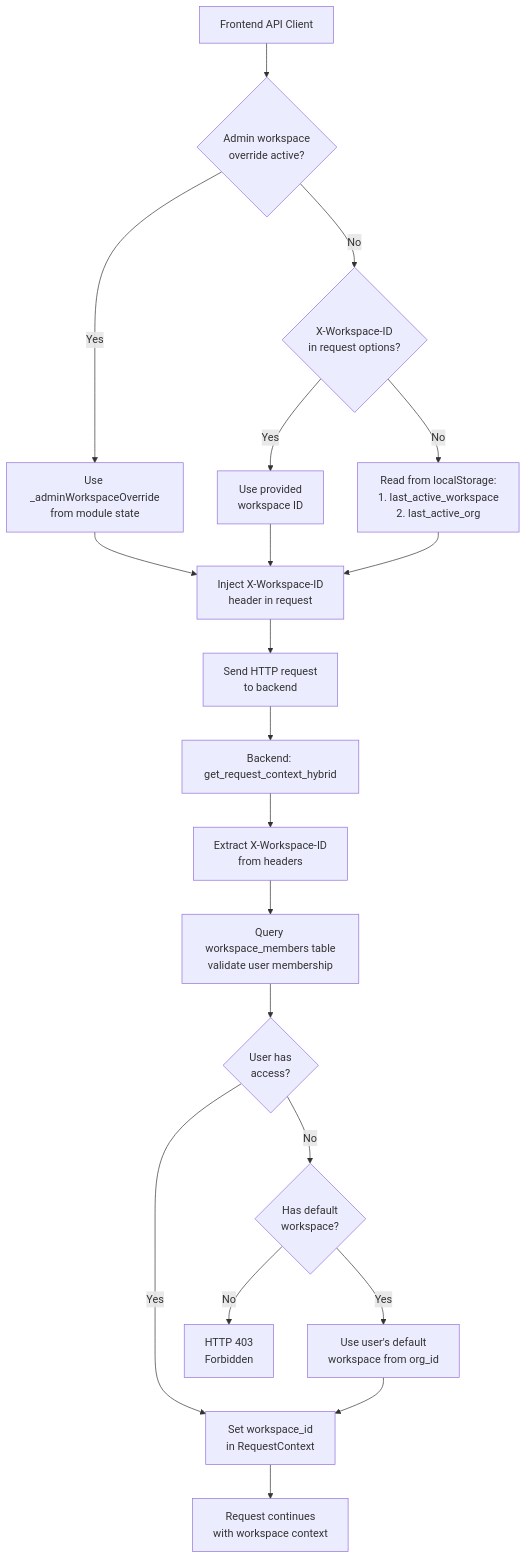
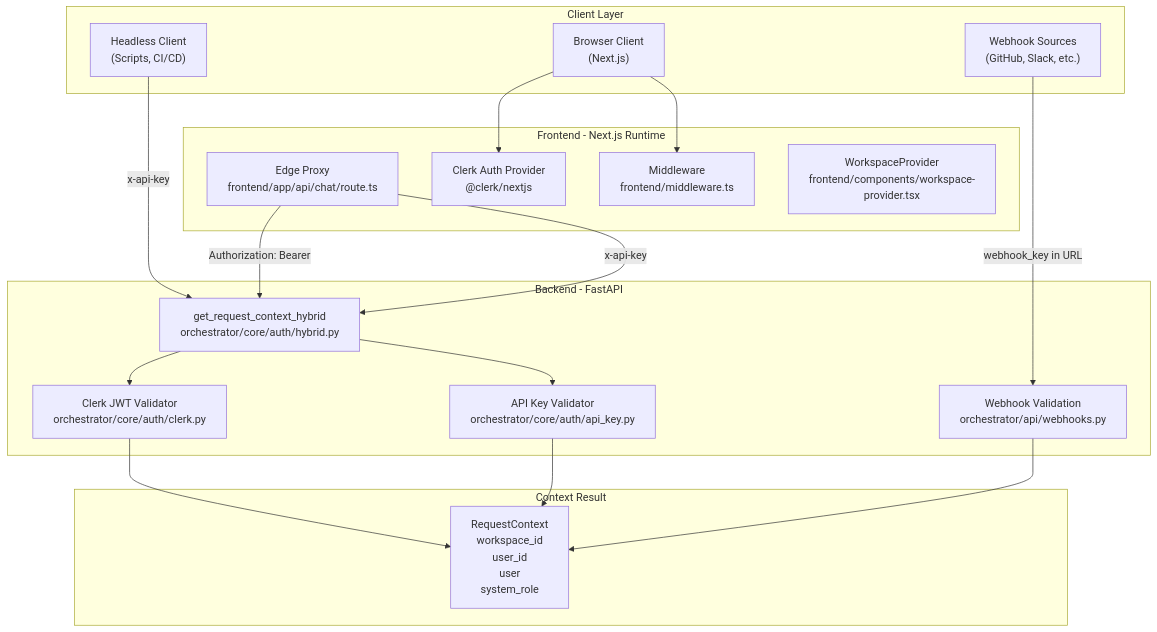
Before and after one commit to AutomatosAI/automatos-ai: the first of 2 diagrams in docs/authentication-multi-tenancy/authentication-flow.md, drawn with Mermaid. The commit also changed other lines of this file and 149 other files, not shown here.

Commit message:
docs: refresh documentation with graphify semantic scan

````diff
--- a/docs/authentication-multi-tenancy/authentication-flow.md
+++ b/docs/authentication-multi-tenancy/authentication-flow.md
@@ -167,31 +52,41 @@
 ```mermaid
-graph TD
-    Frontend["Frontend API Client"] --> CheckOverride{"Admin workspace<br/>override active?"}
+graph TB
+    subgraph "Client Layer"
+        Browser["Browser Client<br/>(Next.js)"]
+        Headless["Headless Client<br/>(Scripts, CI/CD)"]
+        Webhooks["Webhook Sources<br/>(GitHub, Slack, etc.)"]
+    end
     
-    CheckOverride -->|Yes| UseOverride["Use _adminWorkspaceOverride<br/>from module state"]
-    CheckOverride -->|No| CheckLocalStorage{"X-Workspace-ID<br/>in request options?"}
+    subgraph "Frontend - Next.js Runtime"
+        EdgeProxy["Edge Proxy<br/>frontend/app/api/chat/route.ts"]
+        ClerkProvider["Clerk Auth Provider<br/>@clerk/nextjs"]
+        Middleware["Middleware<br/>frontend/middleware.ts"]
+        WorkspaceProvider["WorkspaceProvider<br/>frontend/components/workspace-provider.tsx"]
+    end
     
-    CheckLocalStorage -->|Yes| UseProvided["Use provided<br/>workspace ID"]
-    CheckLocalStorage -->|No| ReadStorage["Read from localStorage:<br/>1. last_active_workspace<br/>2. last_active_org"]
+    subgraph "Backend - FastAPI"
+        HybridAuth["get_request_context_hybrid<br/>orchestrator/core/auth/hybrid.py"]
+        ClerkValidator["Clerk JWT Validator<br/>orchestrator/core/auth/clerk.py"]
+        APIKeyValidator["API Key Validator<br/>orchestrator/core/auth/api_key.py"]
+        WebhookAuth["Webhook Validation<br/>orchestrator/api/webhooks.py"]
+    end
     
-    UseOverride --> InjectHeader["Inject X-Workspace-ID<br/>header in request"]
-    UseProvided --> InjectHeader
-    ReadStorage --> InjectHeader
+    subgraph "Context Result"
+        ReqContext["RequestContext<br/>workspace_id<br/>user_id<br/>user<br/>system_role"]
+    end
     
-    InjectHeader --> SendRequest["Send HTTP request<br/>to backend"]
+    Browser --> ClerkProvider
+    Browser --> Middleware
+    Headless -->|x-api-key| HybridAuth
+    Webhooks -->|webhook_key in URL| WebhookAuth
     
-    SendRequest --> BackendAuth["Backend: get_request_context_hybrid"]
-    BackendAuth --> ExtractHeader["Extract X-Workspace-ID<br/>from headers"]
+    EdgeProxy -->|Authorization: Bearer| HybridAuth
+    EdgeProxy -->|x-api-key| HybridAuth
     
-    ExtractHeader --> ValidateAccess["Query workspace_members table<br/>validate user membership"]
-    ValidateAccess --> AccessValid{"User has<br/>access?"}
+    HybridAuth --> ClerkValidator
+    HybridAuth --> APIKeyValidator
     
-    AccessValid -->|Yes| SetContext["Set workspace_id<br/>in RequestContext"]
-    AccessValid -->|No| CheckDefault{"Has default<br/>workspace?"}
-    
-    CheckDefault -->|Yes| UseDefault["Use user's default<br/>workspace from org_id"]
-    CheckDefault -->|No| Return403["HTTP 403<br/>Forbidden"]
-    
-    UseDefault --> SetContext
-    SetContext --> ContinueRequest["Request continues<br/>with workspace context"]
+    ClerkValidator --> ReqContext
+    APIKeyValidator --> ReqContext
+    WebhookAuth --> ReqContext
 ```
````
